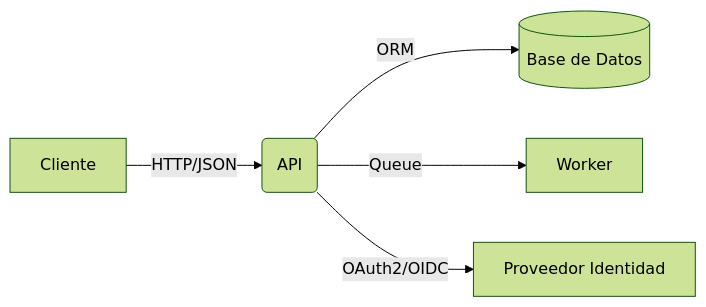
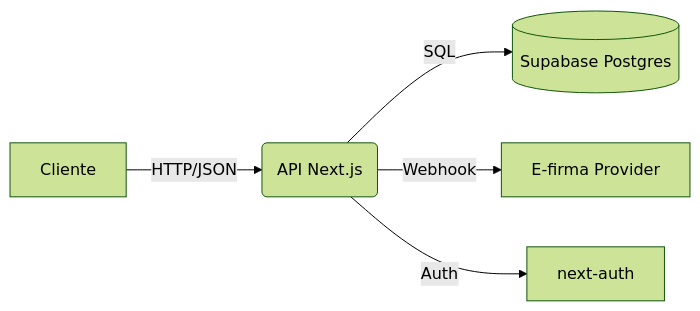
The diagram in docs/PLAN_DE_DESARROLLO.md (Ban68/LePret), drawn with Mermaid (forest theme) before and after one commit. The commit also changed other lines of this file and 30 other files, not shown here.

````diff
--- a/docs/PLAN_DE_DESARROLLO.md
+++ b/docs/PLAN_DE_DESARROLLO.md
@@ -47,7 +86,7 @@
 ```mermaid
 flowchart LR
-  A[Cliente] -- HTTP/JSON --> B(API)
-  B -- ORM --> C[(Base de Datos)]
-  B -- Queue --> D[Worker]
-  B -- OAuth2/OIDC --> E[Proveedor Identidad]
+  A[Cliente] -- HTTP/JSON --> B(API Next.js)
+  B -- SQL --> C[(Supabase Postgres)]
+  B -- Webhook --> D[E-firma Provider]
+  B -- Auth --> E[next-auth]
 ```
````
